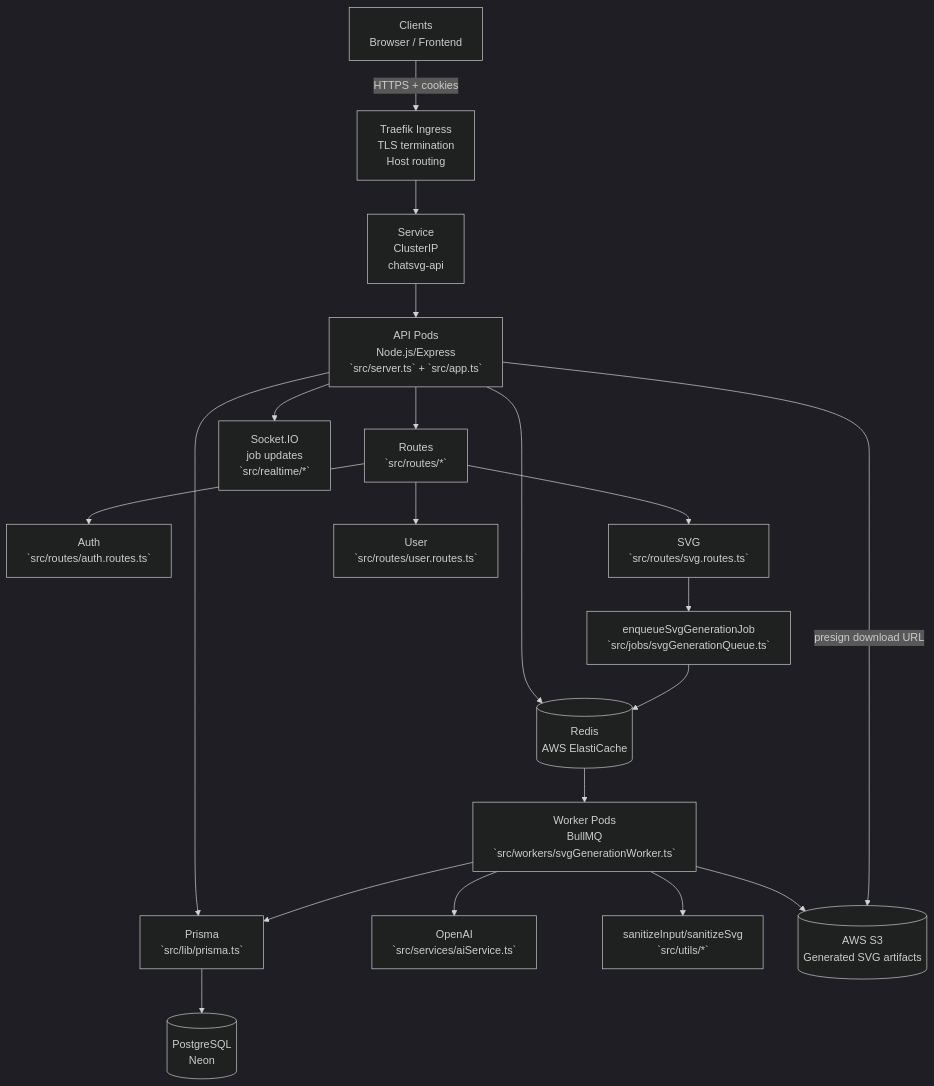
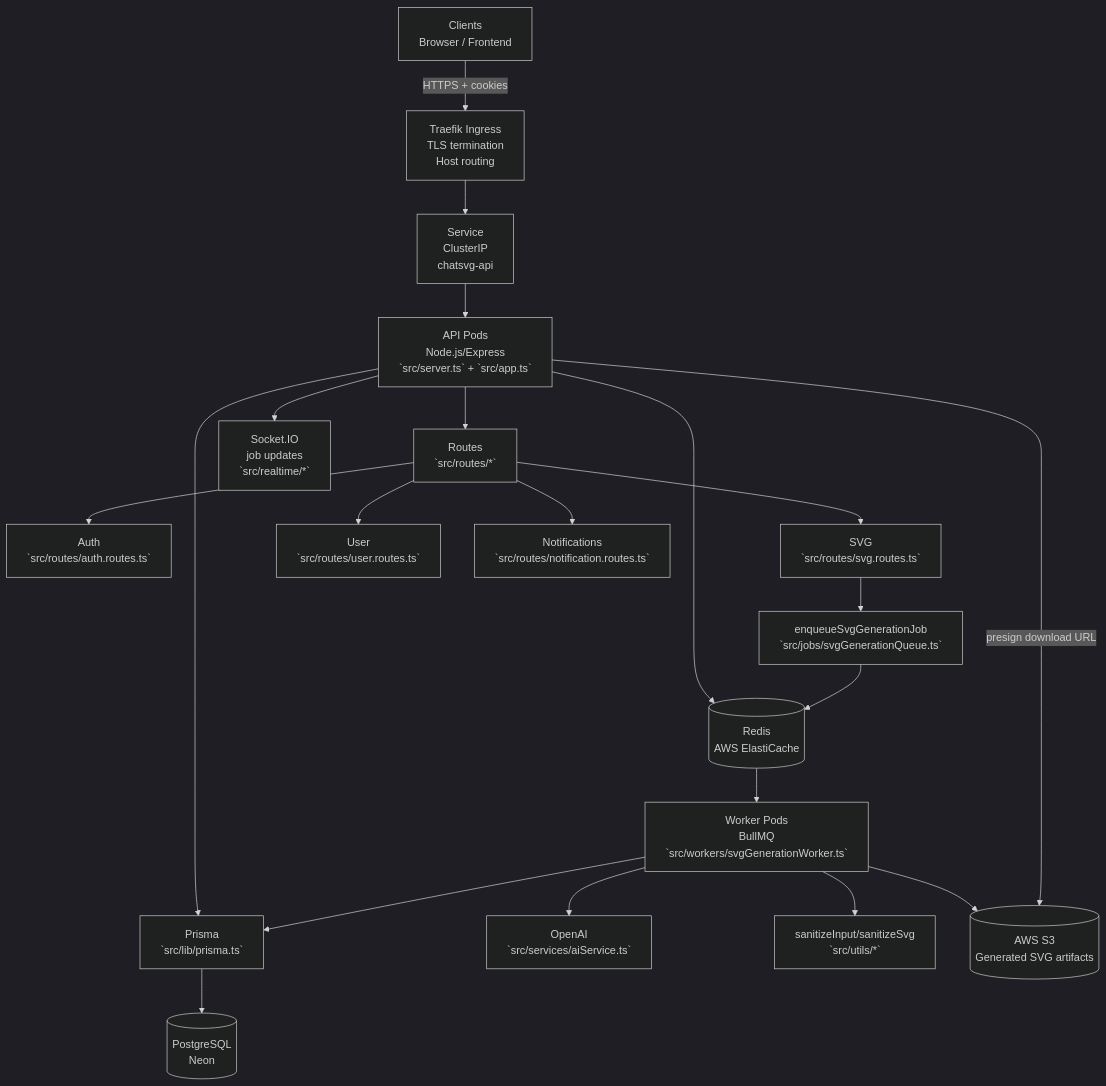
One commit to APerlinx/svg-saas-server changed the first of 3 diagrams in docs/BACKEND_ARCHITECTURE.md. Above: the diagram before and after it, drawn with Mermaid (dark theme). The commit also changed other lines of this file and 15 other files, not shown here.

````diff
--- a/docs/BACKEND_ARCHITECTURE.md
+++ b/docs/BACKEND_ARCHITECTURE.md
@@ -14,28 +14,29 @@
 ```mermaid
 flowchart TB
   Client[Clients\nBrowser / Frontend] -->|HTTPS + cookies| Ingress[Traefik Ingress\nTLS termination\nHost routing]
   Ingress --> ApiSvc[Service\nClusterIP\nchatsvg-api]
   ApiSvc --> API[API Pods\nNode.js/Express\n`src/server.ts` + `src/app.ts`]
 
   API --> Routes[Routes\n`src/routes/*`]
   Routes --> Auth[Auth\n`src/routes/auth.routes.ts`]
   Routes --> Svg[SVG\n`src/routes/svg.routes.ts`]
   Routes --> User[User\n`src/routes/user.routes.ts`]
+  Routes --> Notif[Notifications\n`src/routes/notification.routes.ts`]
 
   API --> Prisma[Prisma\n`src/lib/prisma.ts`]
   Prisma --> Postgres[(PostgreSQL\nNeon)]
 
   API --> Redis[(Redis\nAWS ElastiCache)]
 
   Svg --> Queue[enqueueSvgGenerationJob\n`src/jobs/svgGenerationQueue.ts`]
   Queue --> Redis
 
   Redis --> Worker[Worker Pods\nBullMQ\n`src/workers/svgGenerationWorker.ts`]
   Worker --> OpenAI[OpenAI\n`src/services/aiService.ts`]
   Worker --> Sanitize[sanitizeInput/sanitizeSvg\n`src/utils/*`]
   Worker --> Prisma
   Worker --> S3[(AWS S3\nGenerated SVG artifacts)]
 
   API -->|presign download URL| S3
   API --> Realtime[Socket.IO\njob updates\n`src/realtime/*`]
 ```
````
